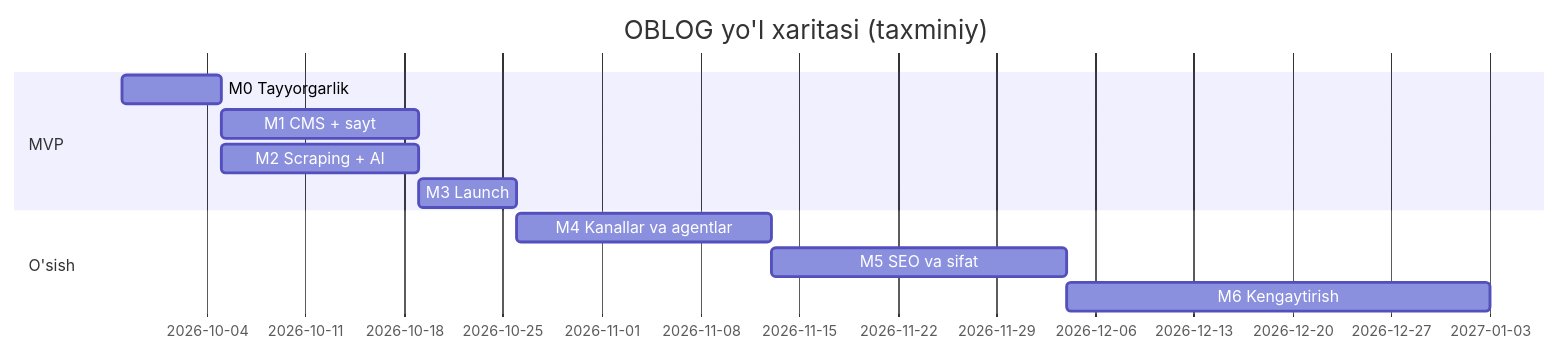
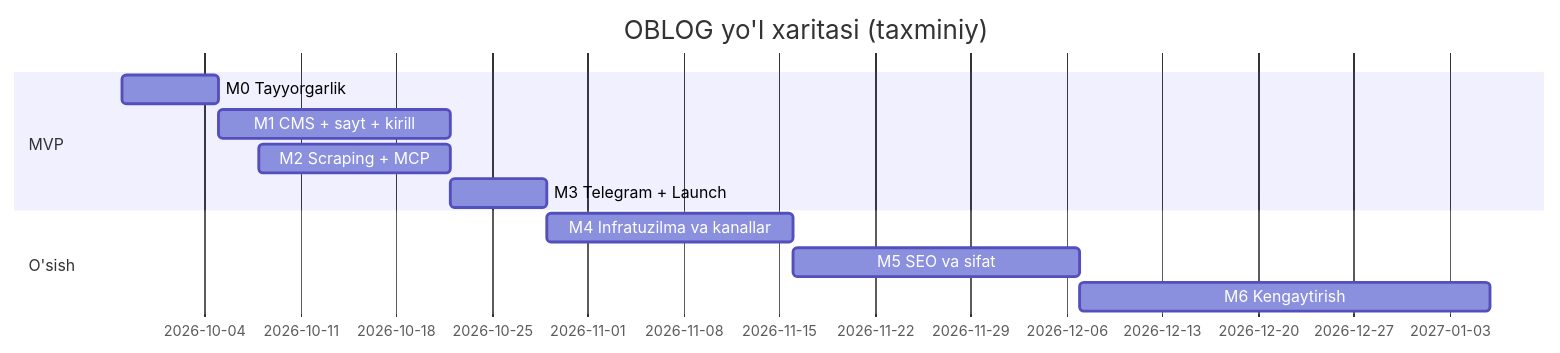
Before and after one commit to Odya-LLC/blog_odya: the diagram in docs/PLAN.md, drawn with Mermaid. The commit also changed other lines of this file and 3 other files, not shown here.

````diff
--- a/docs/PLAN.md
+++ b/docs/PLAN.md
@@ -27,14 +37,14 @@
 ```mermaid
 gantt
     dateFormat  YYYY-MM-DD
     title OBLOG yo'l xaritasi (taxminiy)
     section MVP
-    M0 Tayyorgarlik          :m0, 2026-09-28, 7d
-    M1 CMS + sayt            :m1, after m0, 14d
-    M2 Scraping + AI         :m2, after m0, 14d
-    M3 Launch                :m3, after m1, 7d
+    M0 Tayyorgarlik              :m0, 2026-09-28, 7d
+    M1 CMS + sayt + kirill       :m1, after m0, 17d
+    M2 Scraping + MCP            :m2, 2026-10-08, 14d
+    M3 Telegram + Launch         :m3, after m1, 7d
     section O'sish
-    M4 Kanallar va agentlar  :m4, after m3, 18d
-    M5 SEO va sifat          :m5, after m4, 21d
-    M6 Kengaytirish          :m6, after m5, 30d
+    M4 Infratuzilma va kanallar  :m4, after m3, 18d
+    M5 SEO va sifat              :m5, after m4, 21d
+    M6 Kengaytirish              :m6, after m5, 30d
 ```
````
